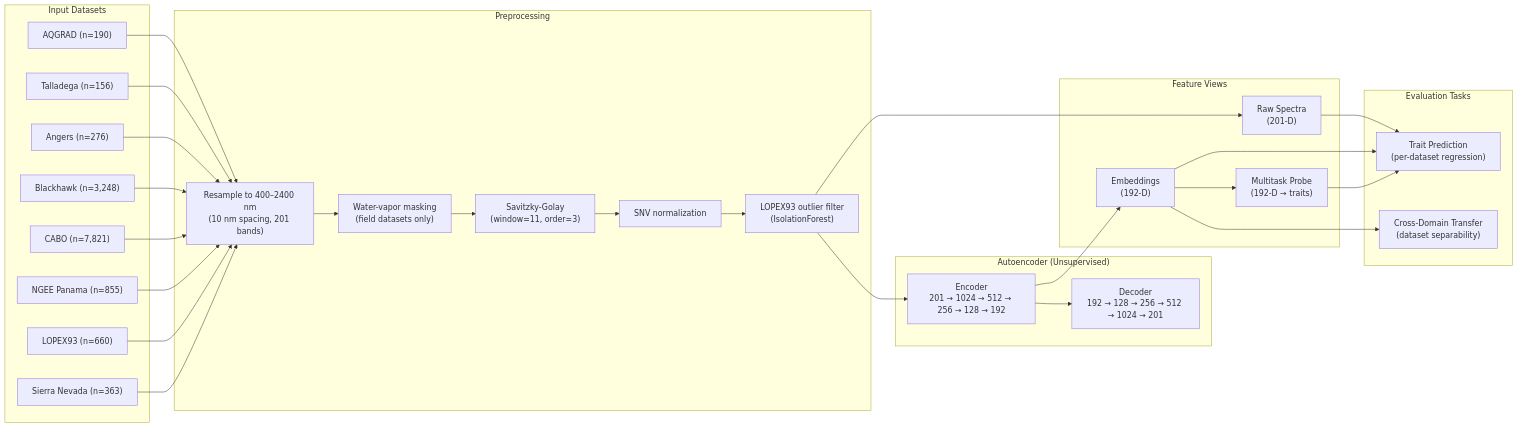
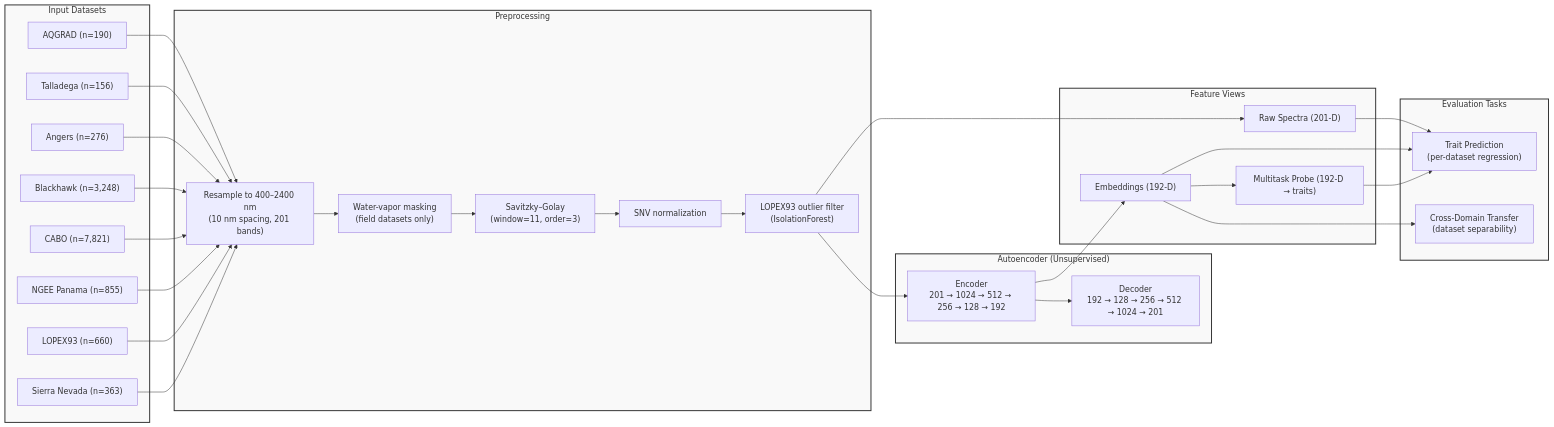
Before and after one commit to vamazing/Leaf2Traits: the first of 2 diagrams in README.md, drawn with Mermaid.

Commit message:
Fix formatting and update descriptions in README

````diff
--- a/README.md
+++ b/README.md
@@ -8,47 +8,73 @@
 ```mermaid
 flowchart LR
     subgraph Input["Input Datasets"]
         A1["AQGRAD (n=190)"]
         A2["Talladega (n=156)"]
         A3["Angers (n=276)"]
         A4["Blackhawk (n=3,248)"]
         A5["CABO (n=7,821)"]
         A6["NGEE Panama (n=855)"]
         A7["LOPEX93 (n=660)"]
         A8["Sierra Nevada (n=363)"]
     end
 
     subgraph Preprocessing["Preprocessing"]
         B1["Resample to 400–2400 nm\n(10 nm spacing, 201 bands)"]
         B2["Water-vapor masking\n(field datasets only)"]
-        B3["Savitzky-Golay\n(window=11, order=3)"]
+        B3["Savitzky–Golay\n(window=11, order=3)"]
         B4["SNV normalization"]
         B5["LOPEX93 outlier filter\n(IsolationForest)"]
     end
 
     subgraph AE["Autoencoder (Unsupervised)"]
         C1["Encoder\n201 → 1024 → 512 → 256 → 128 → 192"]
         C2["Decoder\n192 → 128 → 256 → 512 → 1024 → 201"]
     end
 
     subgraph Views["Feature Views"]
-        D1["Raw Spectra\n(201-D)"]
-        D2["Embeddings\n(192-D)"]
-        D3["Multitask Probe\n(192-D → traits)"]
+        D1["Raw Spectra (201-D)"]
+        D2["Embeddings (192-D)"]
+        D3["Multitask Probe (192-D → traits)"]
     end
 
     subgraph Evaluation["Evaluation Tasks"]
         E1["Trait Prediction\n(per-dataset regression)"]
         E2["Cross-Domain Transfer\n(dataset separability)"]
     end
 
     A1 & A2 & A3 & A4 & A5 & A6 & A7 & A8 --> B1
     B1 --> B2 --> B3 --> B4 --> B5
     B5 --> C1
     C1 --> C2
     C1 --> D2
     B5 --> D1
     D2 --> D3
     D1 & D2 & D3 --> E1
     D2 --> E2
+
+    style Input fill:#f9f9f9,stroke:#333,stroke-width:2px
+    style Preprocessing fill:#f9f9f9,stroke:#333,stroke-width:2px
+    style AE fill:#f9f9f9,stroke:#333,stroke-width:2px
+    style Views fill:#f9f9f9,stroke:#333,stroke-width:2px
+    style Evaluation fill:#f9f9f9,stroke:#333,stroke-width:2px
+    style A1 font-size:16px
+    style A2 font-size:16px
+    style A3 font-size:16px
+    style A4 font-size:16px
+    style A5 font-size:16px
+    style A6 font-size:16px
+    style A7 font-size:16px
+    style A8 font-size:16px
+    style B1 font-size:16px
+    style B2 font-size:16px
+    style B3 font-size:16px
+    style B4 font-size:16px
+    style B5 font-size:16px
+    style C1 font-size:16px
+    style C2 font-size:16px
+    style D1 font-size:16px
+    style D2 font-size:16px
+    style D3 font-size:16px
+    style E1 font-size:16px
+    style E2 font-size:16px
 ```
````
